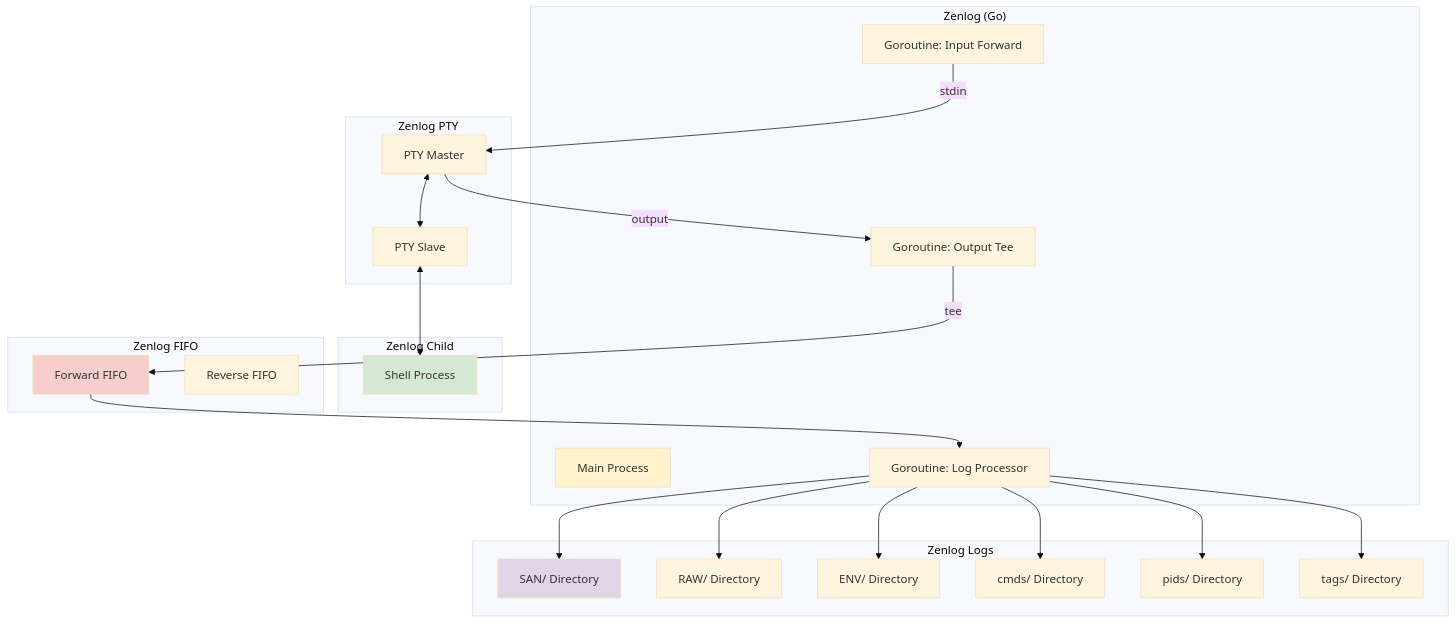
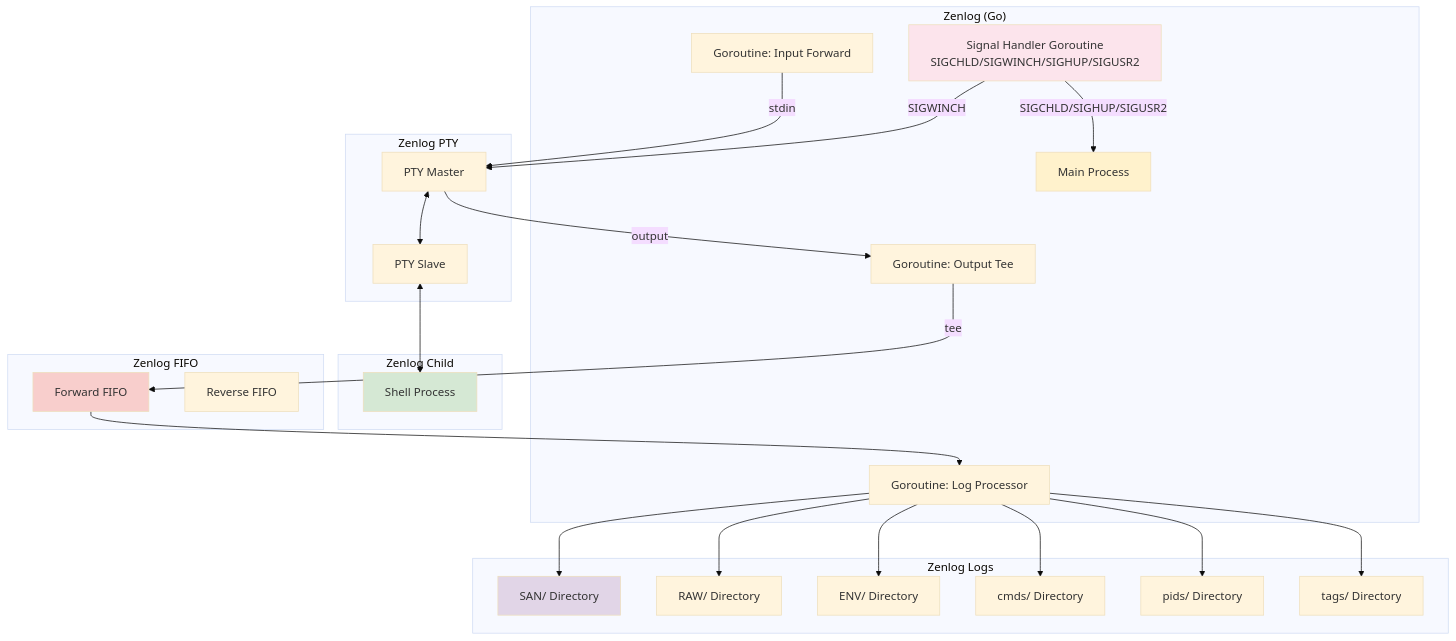
Before and after one commit to akawashiro/renlog: the second of 3 diagrams in README.md, drawn with Mermaid (base theme). The commit also changed other lines of this file, not shown here.

First line of the commit message:
Correct zenlog signal handling information in README comparison

````diff
--- a/README.md
+++ b/README.md
@@ -93,50 +93,54 @@
 ```mermaid
 graph TB
     subgraph "Zenlog (Go)"
         ZMP[Main Process]
+        ZSH[Signal Handler Goroutine<br/>SIGCHLD/SIGWINCH/SIGHUP/SIGUSR2]
         ZGR1[Goroutine: Input Forward]
         ZGR2[Goroutine: Output Tee]
         ZGR3[Goroutine: Log Processor]
     end
     
     subgraph "Zenlog PTY"
         ZPM[PTY Master]
         ZPS[PTY Slave]
     end
     
     subgraph "Zenlog Child"
         ZSHELL[Shell Process]
     end
     
     subgraph "Zenlog FIFO"
         ZFF[Forward FIFO]
         ZRF[Reverse FIFO]
     end
     
     subgraph "Zenlog Logs"
         ZSAN[SAN/ Directory]
         ZRAW[RAW/ Directory] 
         ZENV[ENV/ Directory]
         ZCMD[cmds/ Directory]
         ZPID[pids/ Directory]
         ZTAG[tags/ Directory]
     end
     
     ZGR1 -->|stdin| ZPM
     ZPM <--> ZPS
     ZPS <--> ZSHELL
     ZPM -->|output| ZGR2
     ZGR2 -->|tee| ZFF
     ZFF --> ZGR3
     ZGR3 --> ZSAN
     ZGR3 --> ZRAW
     ZGR3 --> ZENV
     ZGR3 --> ZCMD
     ZGR3 --> ZPID
     ZGR3 --> ZTAG
+    ZSH -->|SIGWINCH| ZPM
+    ZSH -->|SIGCHLD/SIGHUP/SIGUSR2| ZMP
     
     style ZMP fill:#fff2cc
     style ZSHELL fill:#d5e8d4
     style ZFF fill:#f8cecc
     style ZSAN fill:#e1d5e7
+    style ZSH fill:#fce4ec
 ```
````
